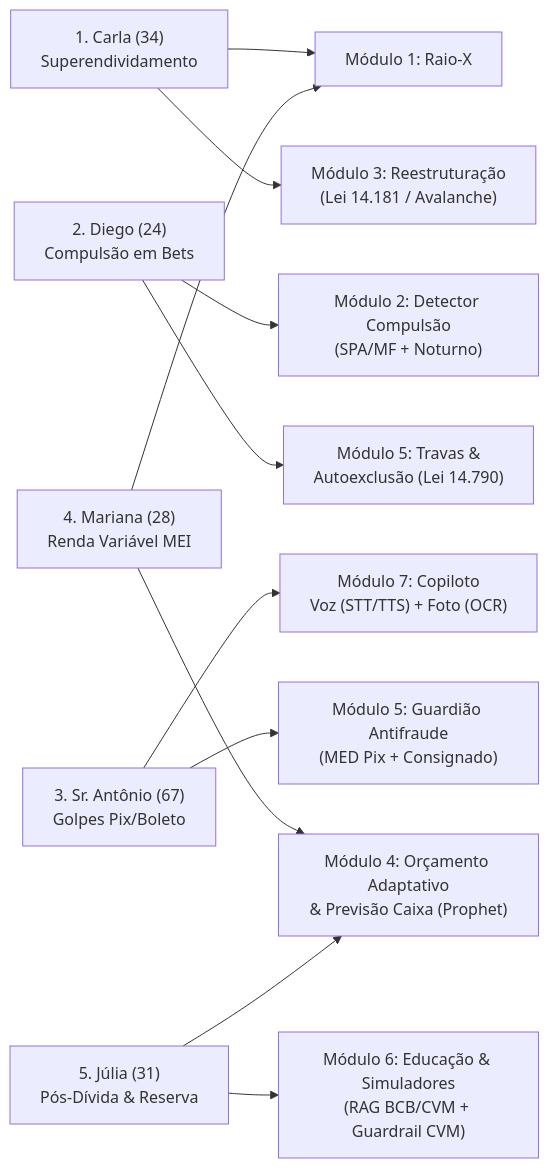
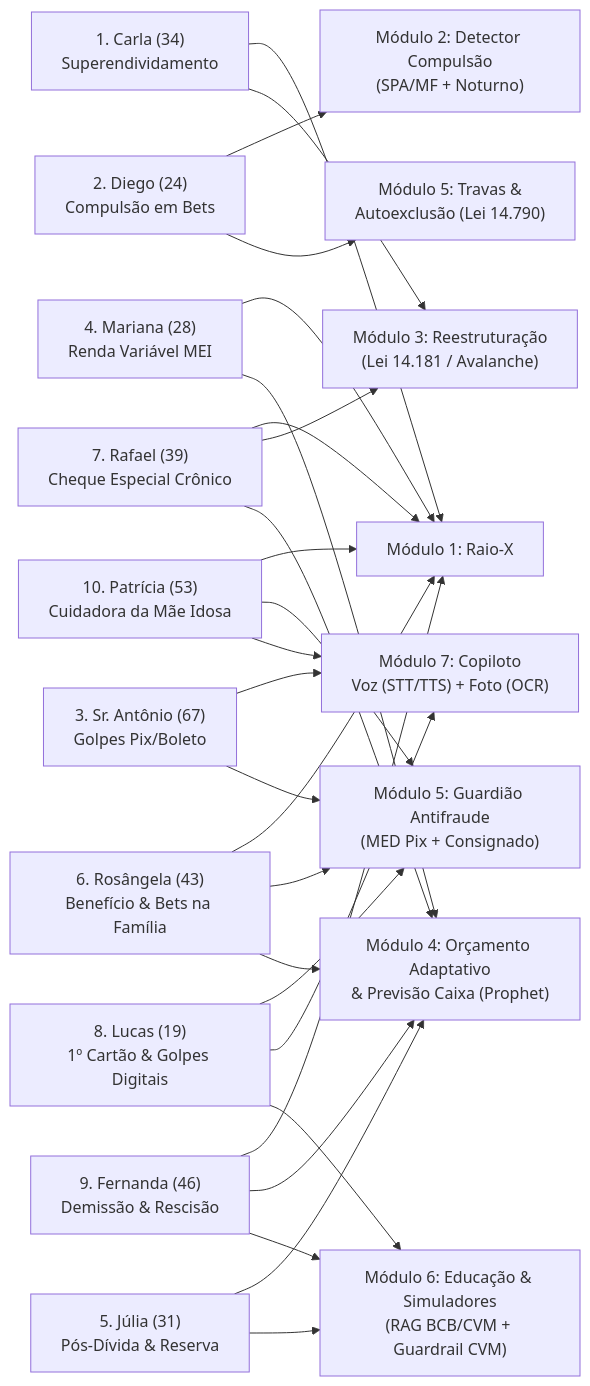
One commit to Andre-Atlas/PANDORA changed the diagram in docs/personas/README.md. Above: the diagram before and after it, drawn with Mermaid. The commit also changed other lines of this file and 10 other files, not shown here.

````diff
--- a/docs/personas/README.md
+++ b/docs/personas/README.md
@@ -51,8 +68,13 @@
 ```mermaid
 flowchart LR
     P1["1. Carla (34)<br/>Superendividamento"] --> M1["Módulo 1: Raio-X"] & M3["Módulo 3: Reestruturação<br/>(Lei 14.181 / Avalanche)"]
     P2["2. Diego (24)<br/>Compulsão em Bets"] --> M2["Módulo 2: Detector Compulsão<br/>(SPA/MF + Noturno)"] & M5A["Módulo 5: Travas &<br/>Autoexclusão (Lei 14.790)"]
     P3["3. Sr. Antônio (67)<br/>Golpes Pix/Boleto"] --> M7["Módulo 7: Copiloto<br/>Voz (STT/TTS) + Foto (OCR)"] & M5B["Módulo 5: Guardião Antifraude<br/>(MED Pix + Consignado)"]
     P4["4. Mariana (28)<br/>Renda Variável MEI"] --> M1 & M4["Módulo 4: Orçamento Adaptativo<br/>& Previsão Caixa (Prophet)"]
     P5["5. Júlia (31)<br/>Pós-Dívida & Reserva"] --> M4 & M6["Módulo 6: Educação & Simuladores<br/>(RAG BCB/CVM + Guardrail CVM)"]
+    P6["6. Rosângela (43)<br/>Benefício & Bets na Família"] --> M1 & M5B & M4
+    P7["7. Rafael (39)<br/>Cheque Especial Crônico"] --> M1 & M3 & M4
+    P8["8. Lucas (19)<br/>1º Cartão & Golpes Digitais"] --> M5B & M7 & M6
+    P9["9. Fernanda (46)<br/>Demissão & Rescisão"] --> M1 & M4 & M6
+    P10["10. Patrícia (53)<br/>Cuidadora da Mãe Idosa"] --> M1 & M5B & M7
 ```
````
